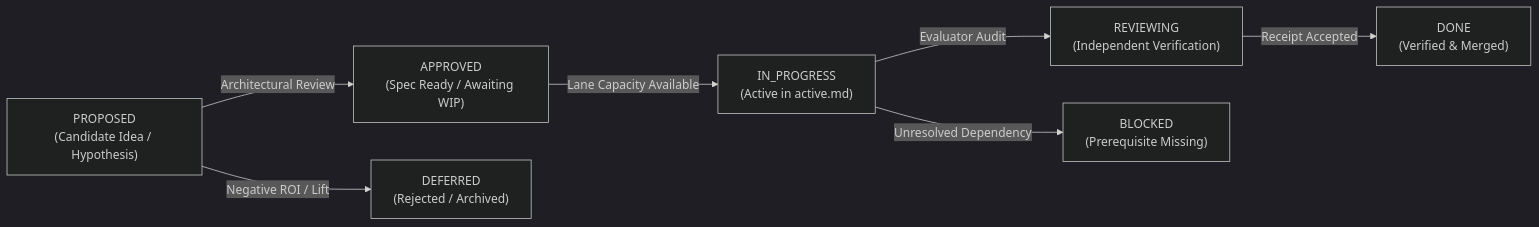
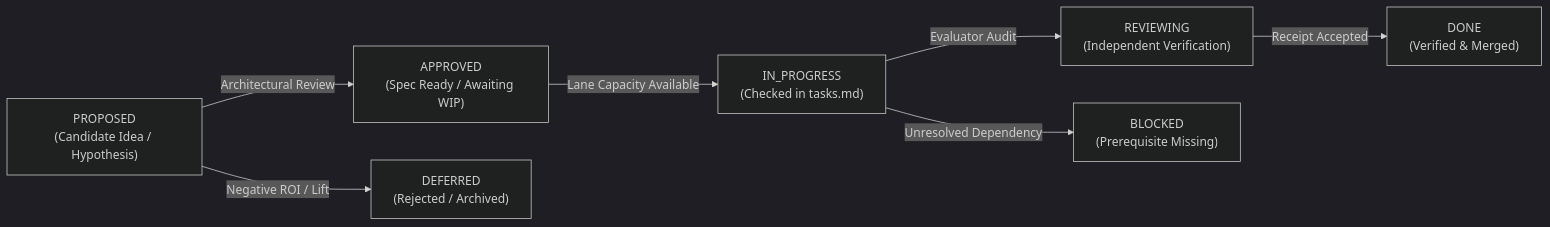
One commit to brainopensource/cognitive-framework changed the diagram in docs/execution/backlog.md. Above: the diagram before and after it, drawn with Mermaid (dark theme). The commit also changed other lines of this file and 20 other files, not shown here.

````diff
--- a/docs/execution/backlog.md
+++ b/docs/execution/backlog.md
@@ -40,9 +43,9 @@
 ```mermaid
 graph LR
     PROPOSED["PROPOSED<br/>(Candidate Idea / Hypothesis)"] -->|Architectural Review| APPROVED["APPROVED<br/>(Spec Ready / Awaiting WIP)"]
-    APPROVED -->|Lane Capacity Available| IN_PROGRESS["IN_PROGRESS<br/>(Active in active.md)"]
+    APPROVED -->|Lane Capacity Available| IN_PROGRESS["IN_PROGRESS<br/>(Checked in tasks.md)"]
     IN_PROGRESS -->|Evaluator Audit| REVIEWING["REVIEWING<br/>(Independent Verification)"]
     REVIEWING -->|Receipt Accepted| DONE["DONE<br/>(Verified & Merged)"]
     IN_PROGRESS -->|Unresolved Dependency| BLOCKED["BLOCKED<br/>(Prerequisite Missing)"]
     PROPOSED -->|Negative ROI / Lift| DEFERRED["DEFERRED<br/>(Rejected / Archived)"]
 ```
````
